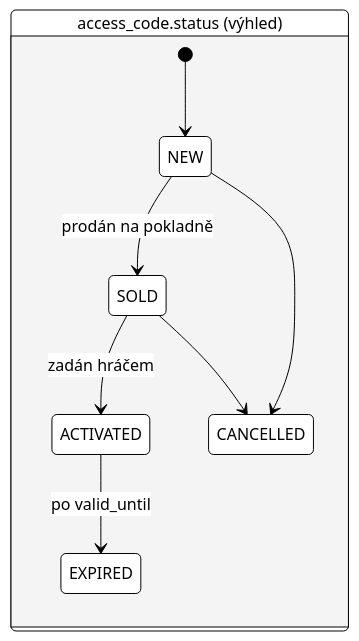
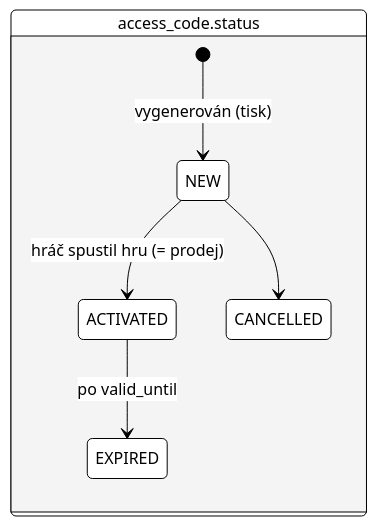
The third of 3 diagrams in docs/03-datovy-model.md (BigMcz/zazitkove_hry), drawn with Mermaid before and after one commit. The commit also changed other lines of this file and 58 other files, not shown here.

````diff
--- a/docs/03-datovy-model.md
+++ b/docs/03-datovy-model.md
@@ -189,13 +191,11 @@
 ```mermaid
 %%{init: {'theme':'base','themeVariables':{'primaryColor':'#ffffff','primaryTextColor':'#000000','primaryBorderColor':'#000000','lineColor':'#000000','textColor':'#000000','edgeLabelBackground':'#ffffff'}}}%%
 stateDiagram-v2
     direction LR
-    state "access_code.status (výhled)" as AC {
-        [*] --> NEW
-        NEW --> SOLD : prodán na pokladně
-        SOLD --> ACTIVATED : zadán hráčem
+    state "access_code.status" as AC {
+        [*] --> NEW : vygenerován (tisk)
+        NEW --> ACTIVATED : hráč spustil hru (= prodej)
         ACTIVATED --> EXPIRED : po valid_until
         NEW --> CANCELLED
-        SOLD --> CANCELLED
     }
 ```
````
